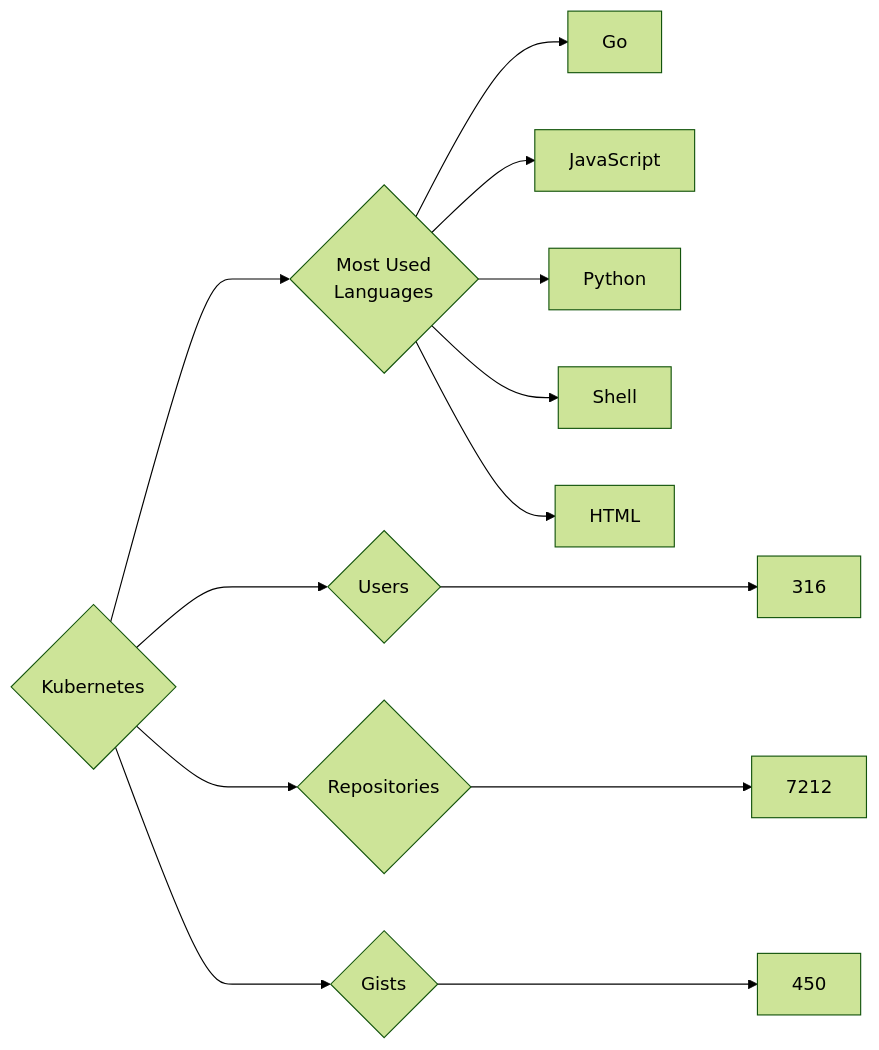
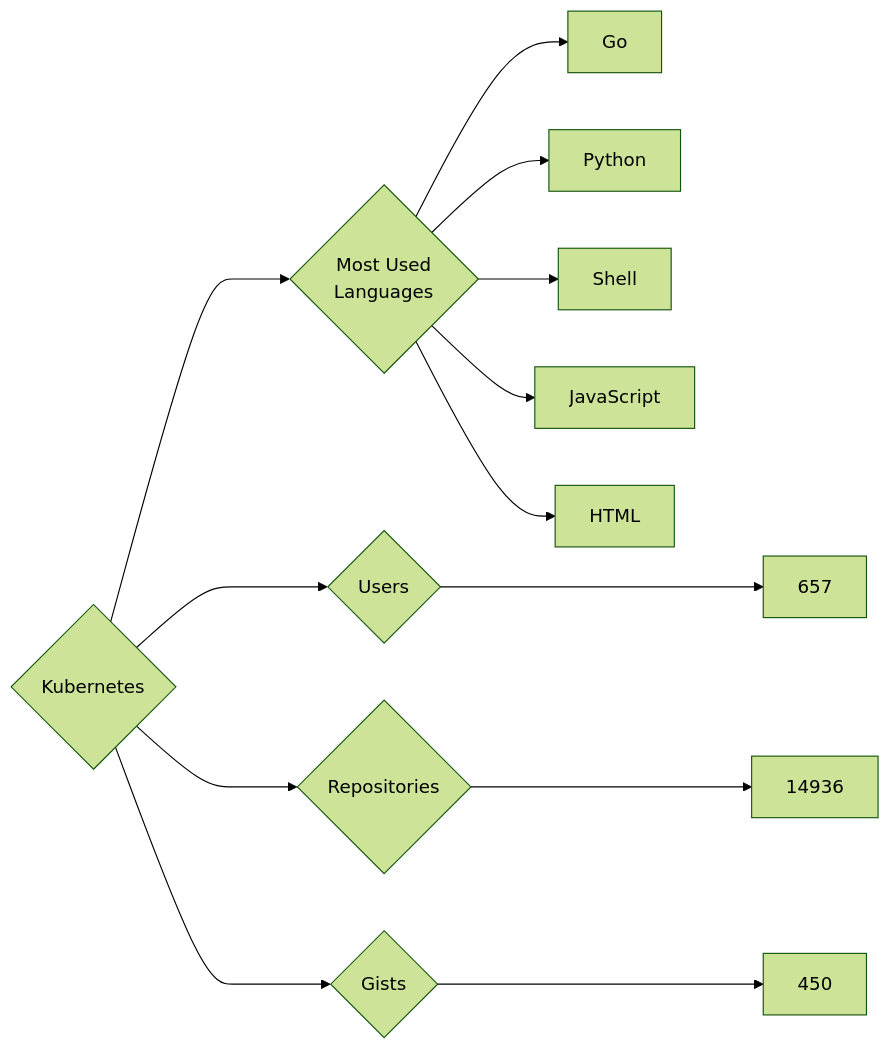
One commit to trickest/insiders changed the diagram in targets/Kubernetes/README.md. Above: the diagram before and after it, drawn with Mermaid (forest theme). The commit also changed 914 other files, not shown here.

````diff
--- a/targets/Kubernetes/README.md
+++ b/targets/Kubernetes/README.md
@@ -3,13 +3,13 @@
 ```mermaid
 graph LR
 COMPANY_NAME{Kubernetes}
-COMPANY_NAME ---> U{Users} ---> UN[316]
-COMPANY_NAME ---> R{Repositories} ---> RN[7212]
+COMPANY_NAME ---> U{Users} ---> UN[657]
+COMPANY_NAME ---> R{Repositories} ---> RN[14936]
 COMPANY_NAME ---> G{Gists} ---> GN[450]
 COMPANY_NAME ---> ML{Most Used<br>Languages}
 ML --> Go[Go]
-ML --> JavaScript[JavaScript]
 ML --> Python[Python]
 ML --> Shell[Shell]
+ML --> JavaScript[JavaScript]
 ML --> HTML[HTML]
 ```
````
